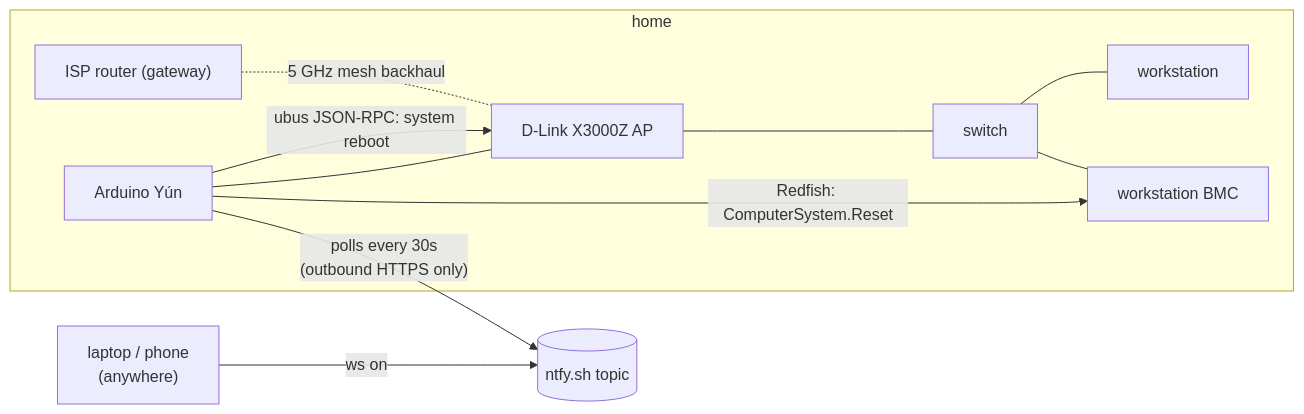
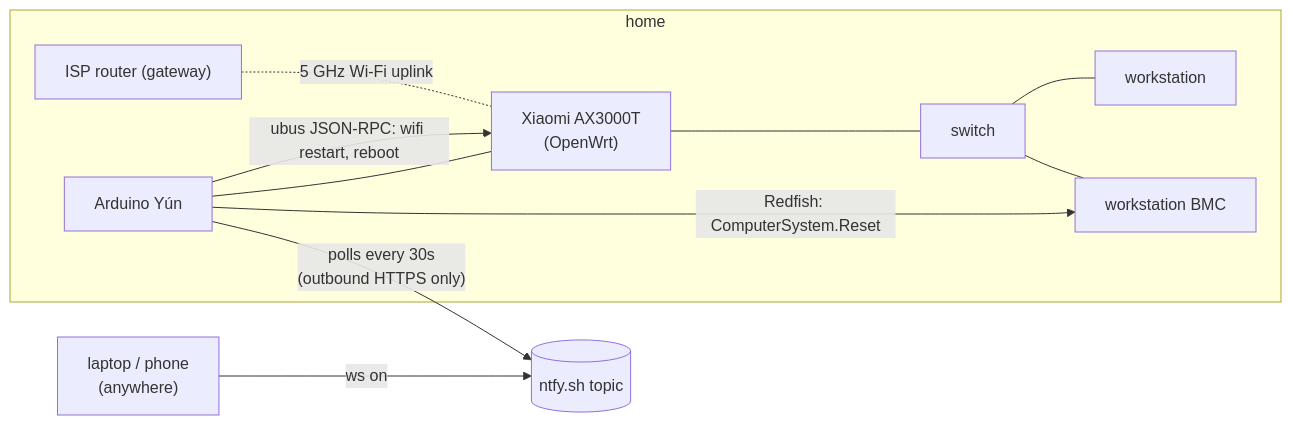
Before and after one commit to lcokun/homelab-oob: the diagram in README.md, drawn with Mermaid. The commit also changed other lines of this file, not shown here.

Commit message:
docs: describe the ax3000t router, new watchdog and bufferbloat results

````diff
--- a/README.md
+++ b/README.md
@@ -12,13 +12,13 @@
 ```mermaid
 flowchart LR
     me["laptop / phone<br/>(anywhere)"] -- "ws on" --> ntfy[(ntfy.sh topic)]
     yun -- "polls every 30s<br/>(outbound HTTPS only)" --> ntfy
     subgraph home
-        zte["ISP router (gateway)"] -. "5 GHz mesh backhaul" .- ap["D-Link X3000Z AP"]
-        ap --- yun["Arduino Yún"]
-        ap --- sw["switch"] --- ws["workstation"]
+        zte["ISP router (gateway)"] -. "5 GHz Wi-Fi uplink" .- rt["Xiaomi AX3000T<br/>(OpenWrt)"]
+        rt --- yun["Arduino Yún"]
+        rt --- sw["switch"] --- ws["workstation"]
         sw --- bmc["workstation BMC"]
         yun -- "Redfish: ComputerSystem.Reset" --> bmc
-        yun -- "ubus JSON-RPC: system reboot" --> ap
+        yun -- "ubus JSON-RPC: wifi restart, reboot" --> rt
     end
 ```
````
